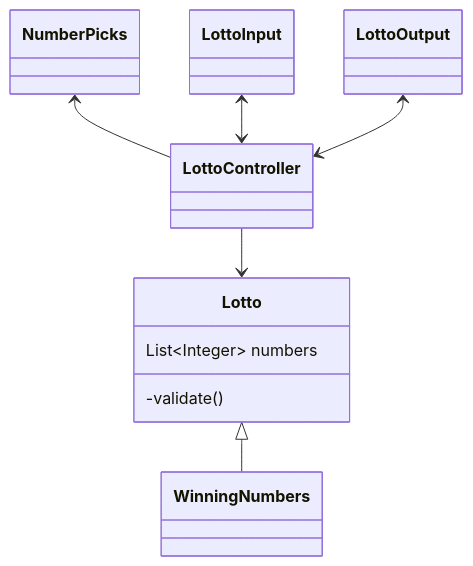
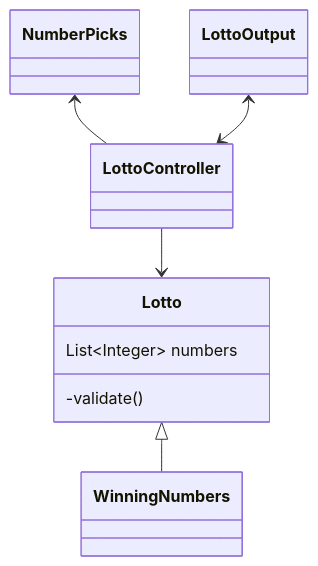
The second of 2 diagrams in README.md (malamd/java-lotto-8), drawn with Mermaid before and after one commit. The commit also changed 5 other files, not shown here.

````diff
--- a/README.md
+++ b/README.md
@@ -64,27 +64,25 @@
 ```mermaid
 classDiagram
     class Lotto{
     List~Integer~ numbers
     -validate()
     }
     
     class WinningNumbers{
     }
     
     class NumberPicks{
     }
     
     Lotto <|-- WinningNumbers
     
     class LottoController{
     }
-    class LottoInput{
-    }
+
     class LottoOutput{
     }
     
     NumberPicks<--LottoController
     LottoController --> Lotto
-    LottoInput<-->LottoController
     LottoOutput<-->LottoController
 ```
````
